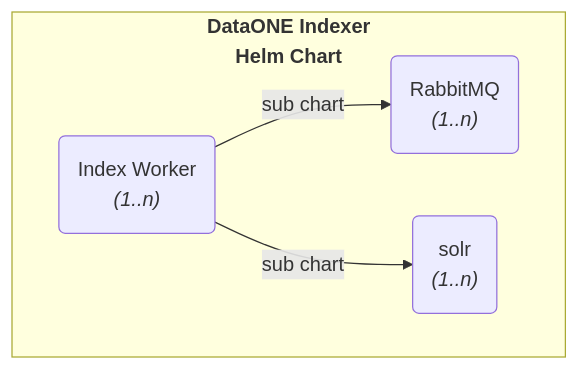
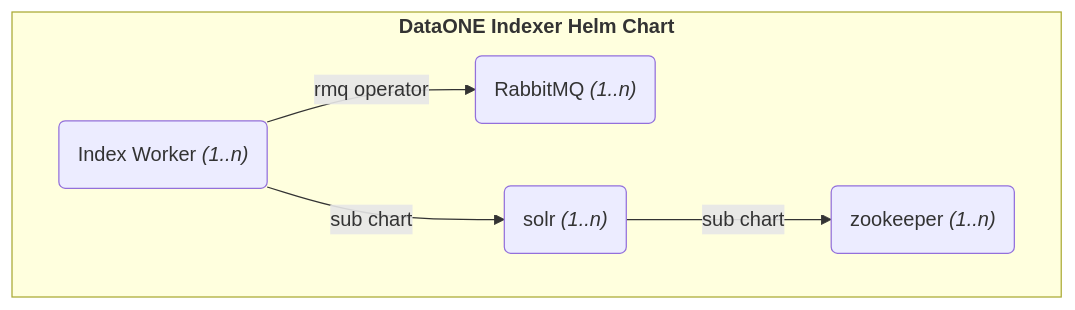
The diagram in README.md (DataONEorg/dataone-indexer), drawn with Mermaid before and after one commit. The commit also changed other lines of this file, not shown here.

Commit message:
update readme for rmq changes

````diff
--- a/README.md
+++ b/README.md
@@ -12,12 +12,9 @@
 ```mermaid
 flowchart TB
-  subgraph "`**DataONE Indexer
-  Helm Chart**`"
-    A("`Index Worker
-    *(1..n)*`")
-    A -- sub chart --> C("`RabbitMQ
-    *(1..n)*`")
-    A -- sub chart --> D("`solr
-    *(1..n)*`")
+  subgraph "`**DataONE Indexer Helm Chart**`"
+    A("`Index Worker *(1..n)*`")
+    A -- rmq operator --> C("`RabbitMQ *(1..n)*`")
+    A -- sub chart --> D("`solr *(1..n)*`")
+    D -- sub chart --> E("`zookeeper *(1..n)*`")
   end
 ```
````
